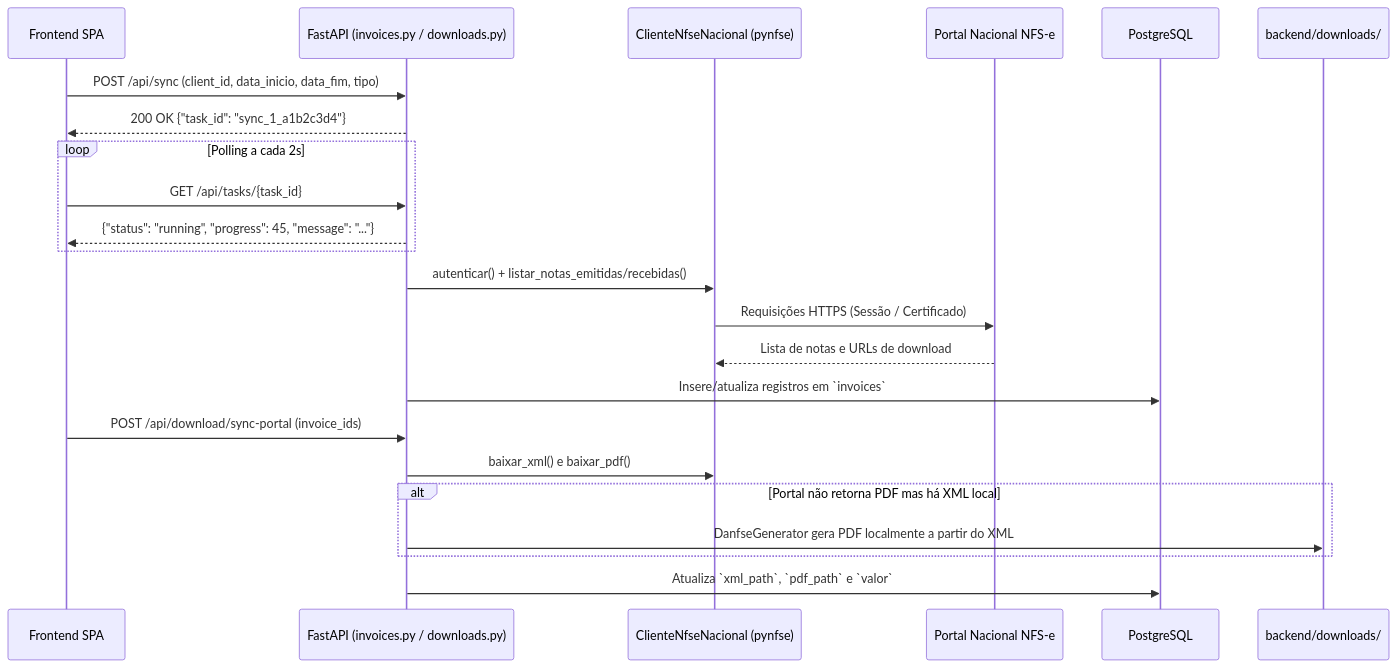
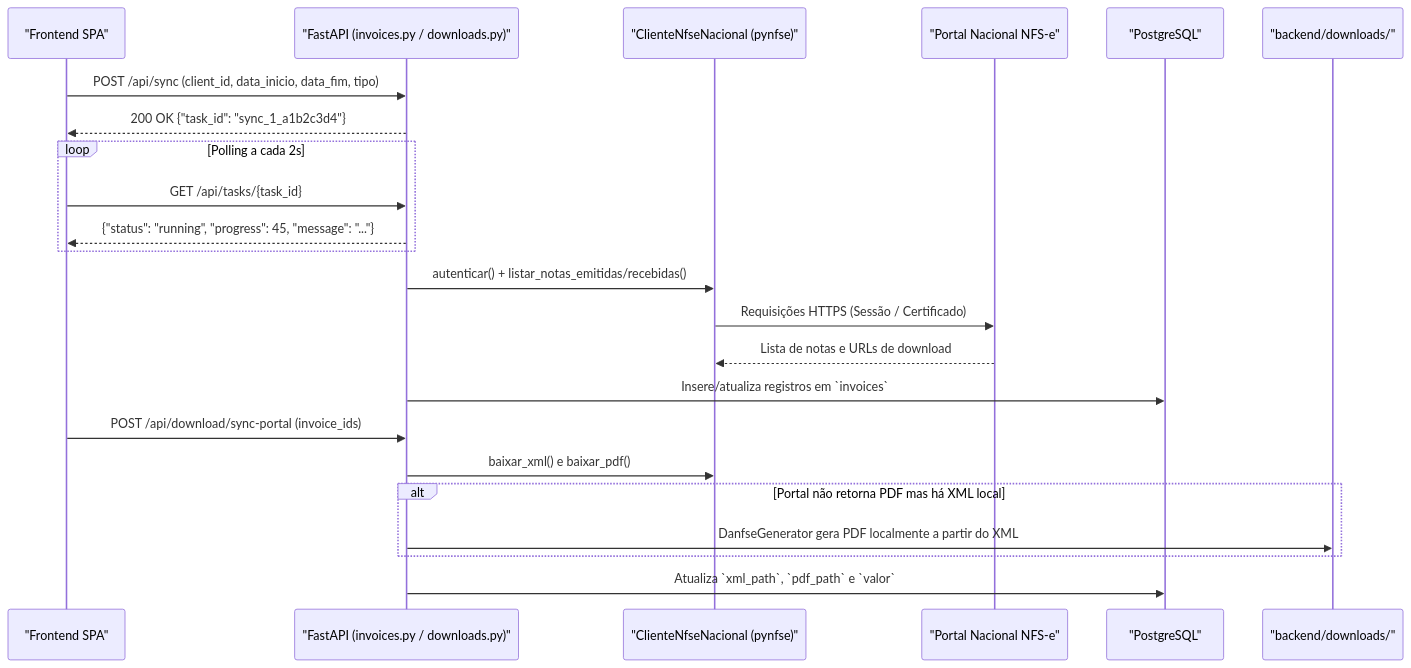
The third of 4 diagrams in docs/arquitetura-e-uso.md (cleitonleonel/nfse_manager), drawn with Mermaid before and after one commit. The commit also changed other lines of this file and 2 other files, not shown here.

Commit message:
:art: docs: corrige diagramas Mermaid e contagem de routers REST

````diff
--- a/docs/arquitetura-e-uso.md
+++ b/docs/arquitetura-e-uso.md
@@ -136,26 +136,26 @@
 ```mermaid
 sequenceDiagram
-    participant UI as Frontend SPA
-    participant API as FastAPI (invoices.py / downloads.py)
-    participant Bot as ClienteNfseNacional (pynfse)
-    participant Portal as Portal Nacional NFS-e
-    participant DB as PostgreSQL
-    participant Disk as backend/downloads/
+    participant UI as "Frontend SPA"
+    participant API as "FastAPI (invoices.py / downloads.py)"
+    participant Bot as "ClienteNfseNacional (pynfse)"
+    participant Portal as "Portal Nacional NFS-e"
+    participant DB as "PostgreSQL"
+    participant Disk as "backend/downloads/"
 
     UI->>API: POST /api/sync (client_id, data_inicio, data_fim, tipo)
     API-->>UI: 200 OK {"task_id": "sync_1_a1b2c3d4"}
     loop Polling a cada 2s
         UI->>API: GET /api/tasks/{task_id}
         API-->>UI: {"status": "running", "progress": 45, "message": "..."}
     end
     API->>Bot: autenticar() + listar_notas_emitidas/recebidas()
     Bot->>Portal: Requisições HTTPS (Sessão / Certificado)
     Portal-->>Bot: Lista de notas e URLs de download
     API->>DB: Insere/atualiza registros em `invoices`
     UI->>API: POST /api/download/sync-portal (invoice_ids)
     API->>Bot: baixar_xml() e baixar_pdf()
     alt Portal não retorna PDF mas há XML local
         API->>Disk: DanfseGenerator gera PDF localmente a partir do XML
     end
     API->>DB: Atualiza `xml_path`, `pdf_path` e `valor`
 ```
````
